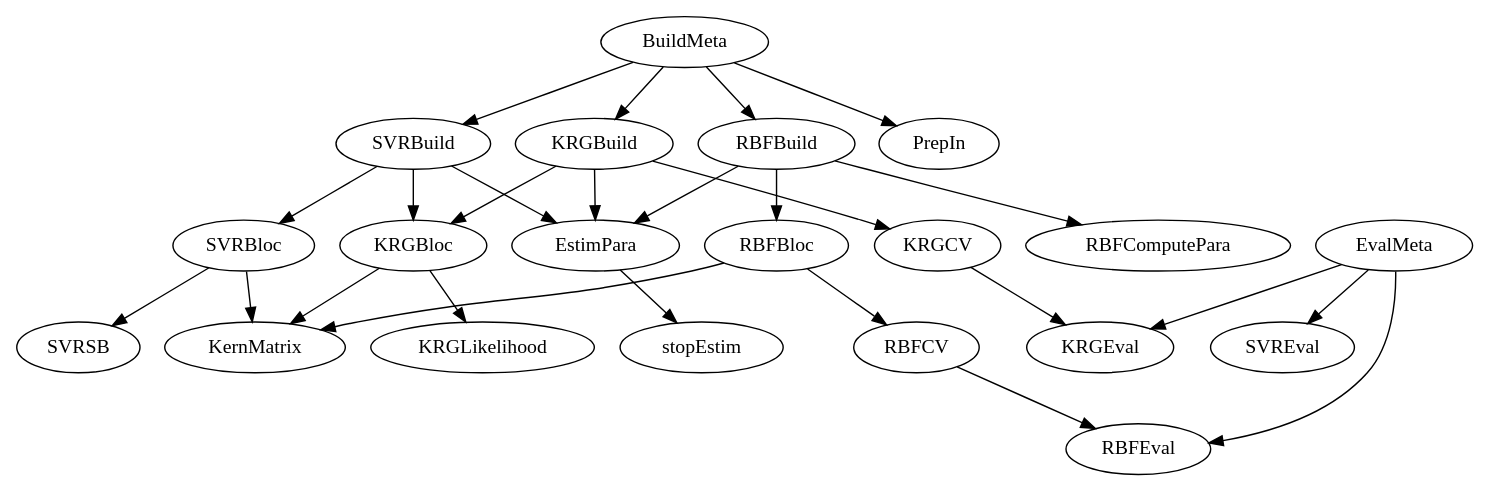
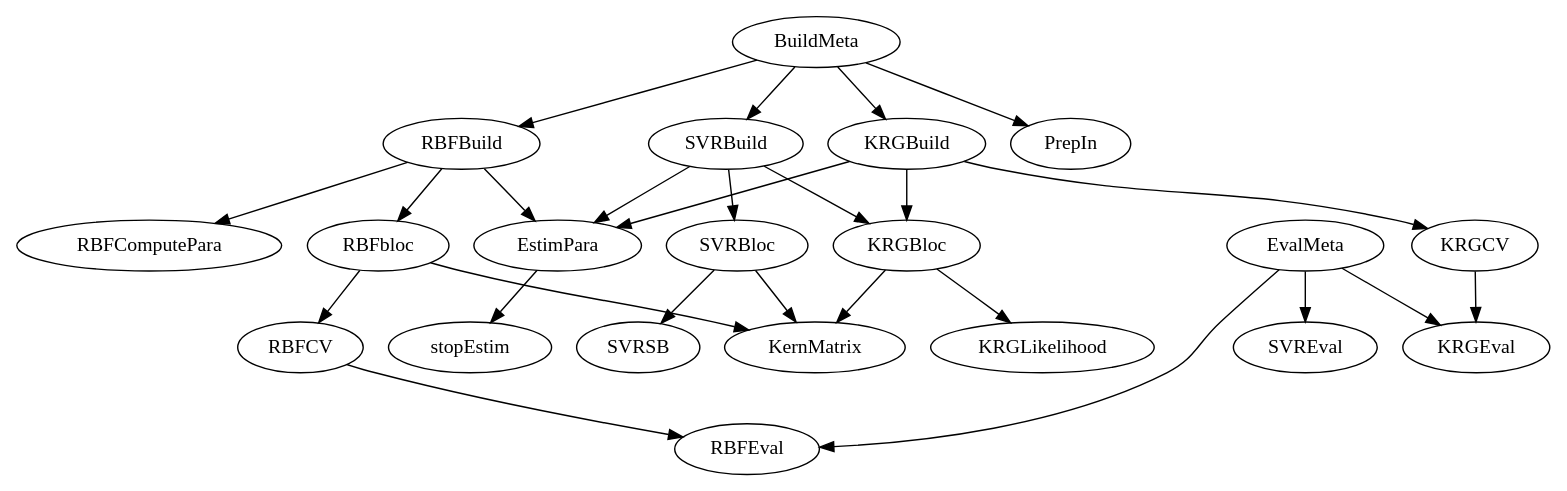
One commit to luclaurent/GRENAT changed the diagram in doc/GRENAT/src/surrogate/graph.dot. Above: the diagram before and after it, drawn with Graphviz. The commit also changed 144 other files, not shown here.

```diff
--- a/doc/GRENAT/src/surrogate/graph.dot
+++ b/doc/GRENAT/src/surrogate/graph.dot
@@ -1,49 +1,49 @@
 /* Created by mdot for Matlab */
 digraph m2html {
   BuildMeta -> KRGBuild;
   BuildMeta -> PrepIn;
   BuildMeta -> RBFBuild;
   BuildMeta -> SVRBuild;
   EstimPara -> stopEstim;
   EvalMeta -> KRGEval;
   EvalMeta -> RBFEval;
   EvalMeta -> SVREval;
   KRGBloc -> KRGLikelihood;
   KRGBloc -> KernMatrix;
   KRGBuild -> EstimPara;
   KRGBuild -> KRGBloc;
   KRGBuild -> KRGCV;
   KRGCV -> KRGEval;
-  RBFBloc -> KernMatrix;
-  RBFBloc -> RBFCV;
   RBFBuild -> EstimPara;
-  RBFBuild -> RBFBloc;
   RBFBuild -> RBFComputePara;
+  RBFBuild -> RBFbloc;
   RBFCV -> RBFEval;
+  RBFbloc -> KernMatrix;
+  RBFbloc -> RBFCV;
   SVRBloc -> KernMatrix;
   SVRBloc -> SVRSB;
   SVRBuild -> EstimPara;
   SVRBuild -> KRGBloc;
   SVRBuild -> SVRBloc;
 
   BuildMeta [URL="BuildMeta.html"];
   EstimPara [URL="EstimPara.html"];
   EvalMeta [URL="EvalMeta.html"];
   KRGBloc [URL="KRGBloc.html"];
   KRGBuild [URL="KRGBuild.html"];
   KRGCV [URL="KRGCV.html"];
   KRGEval [URL="KRGEval.html"];
   KRGLikelihood [URL="KRGLikelihood.html"];
   KernMatrix [URL="KernMatrix.html"];
   PrepIn [URL="PrepIn.html"];
-  RBFBloc [URL="RBFBloc.html"];
   RBFBuild [URL="RBFBuild.html"];
   RBFCV [URL="RBFCV.html"];
   RBFComputePara [URL="RBFComputePara.html"];
   RBFEval [URL="RBFEval.html"];
+  RBFbloc [URL="RBFbloc.html"];
   SVRBloc [URL="SVRBloc.html"];
   SVRBuild [URL="SVRBuild.html"];
   SVREval [URL="SVREval.html"];
   SVRSB [URL="SVRSB.html"];
   stopEstim [URL="stopEstim.html"];
 }
```
